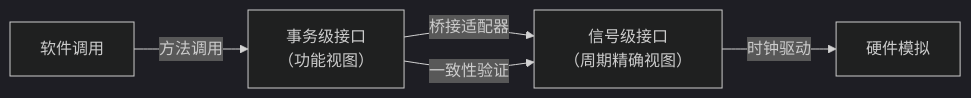
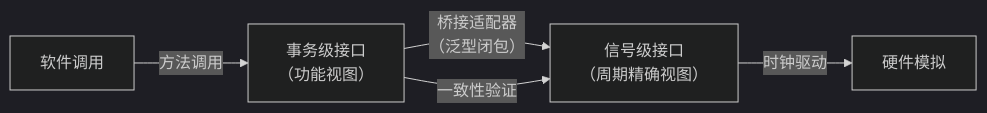
Before and after one commit to TangCan/bitloom: the tenth of 13 diagrams in docs/requirements/3. 核心设计原则.md, drawn with Mermaid (dark theme). The commit also changed other lines of this file and 17 other files, not shown here.

````diff
--- a/docs/requirements/3. 核心设计原则.md
+++ b/docs/requirements/3. 核心设计原则.md
@@ -329,8 +304,7 @@
 ```mermaid
 flowchart LR
-    SW[软件调用] -->|方法调用| TLM[事务级接口<br>（功能视图）]
-    TLM -->|桥接适配器| RTL[信号级接口<br>（周期精确视图）]
+    SW[软件调用] -->|方法调用| TLM["事务级接口<br>（功能视图）"]
+    TLM -->|桥接适配器<br>（泛型闭包）| RTL[信号级接口<br>（周期精确视图）]
     RTL -->|时钟驱动| HW[硬件模拟]
     TLM -->|一致性验证| RTL
-
 ```
````
